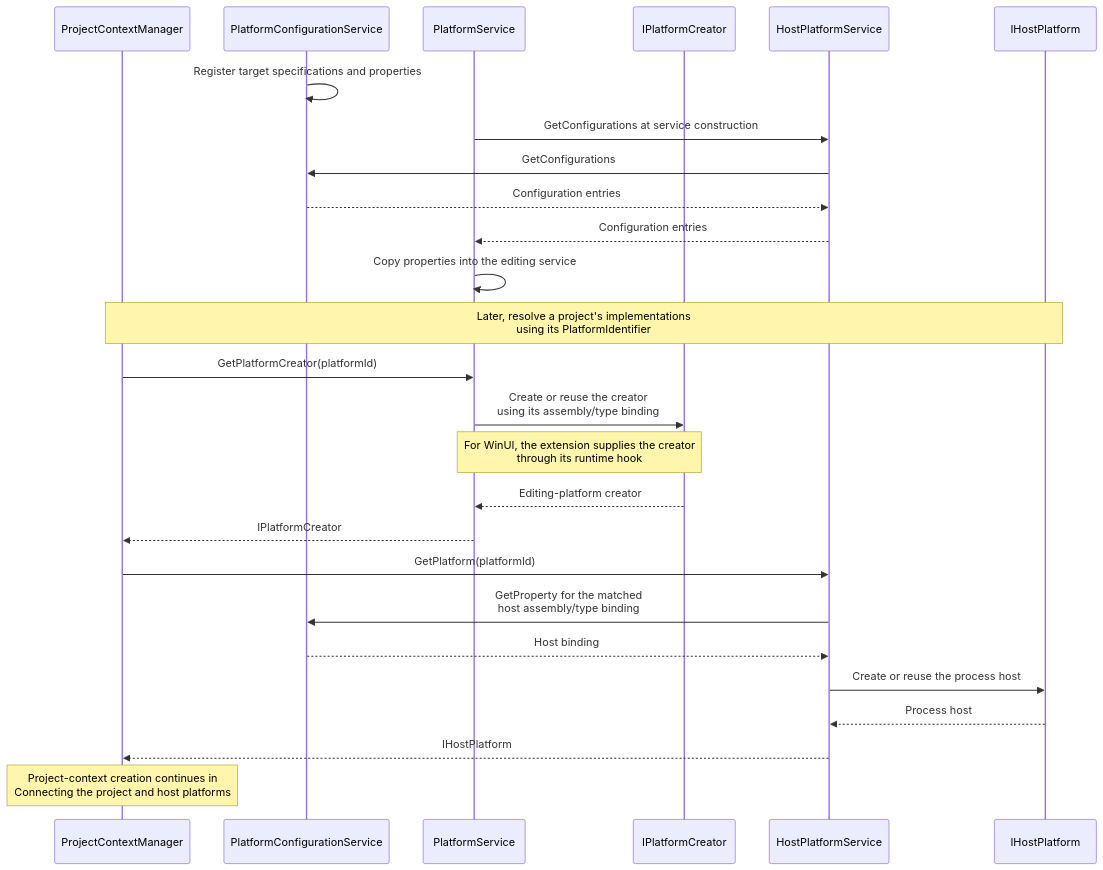
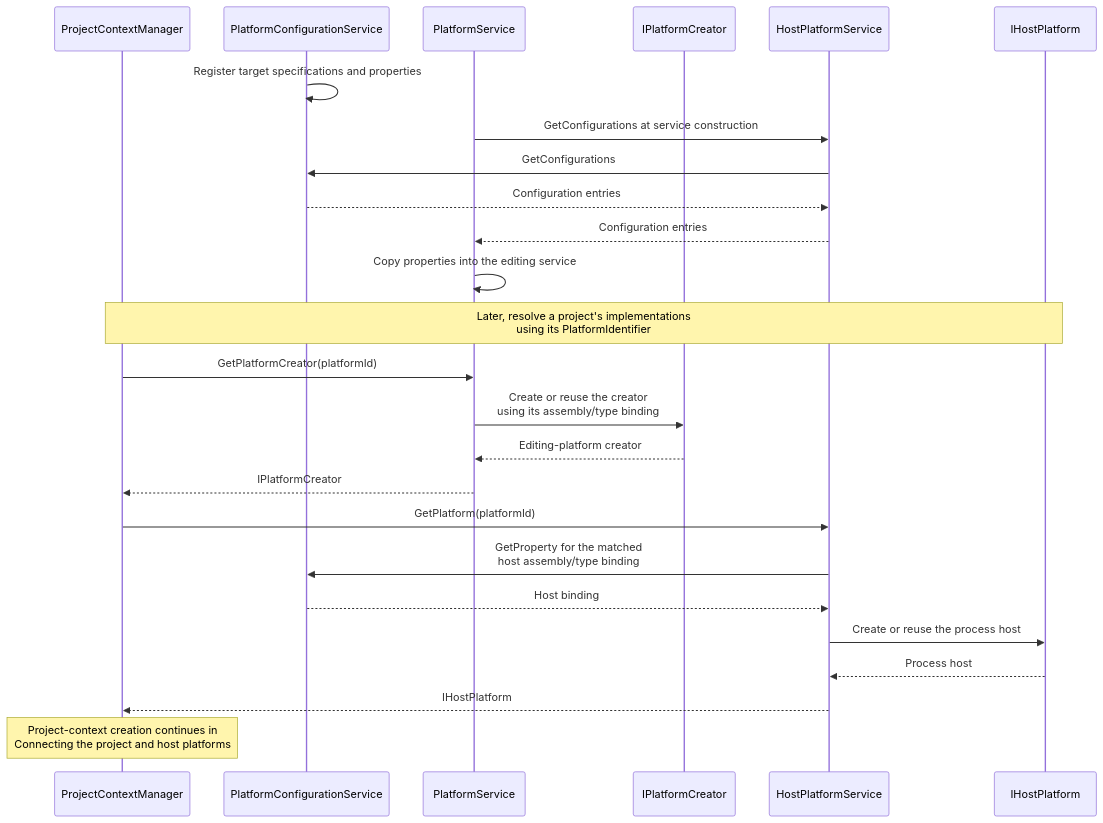
One commit to 0x5bfa/WinUIDesigner changed the first of 7 diagrams in docs/architecture.md. Above: the diagram before and after it, drawn with Mermaid. The commit also changed other lines of this file and 3 other files, not shown here.

````diff
--- a/docs/architecture.md
+++ b/docs/architecture.md
@@ -74,28 +45,27 @@
 ```mermaid
 sequenceDiagram
     participant Manager as ProjectContextManager
     participant Config as PlatformConfigurationService
     participant Platforms as PlatformService
     participant Creator as IPlatformCreator
     participant Hosts as HostPlatformService
     participant Host as IHostPlatform
     Config->>Config: Register target specifications and properties
     Platforms->>Hosts: GetConfigurations at service construction
     Hosts->>Config: GetConfigurations
     Config-->>Hosts: Configuration entries
     Hosts-->>Platforms: Configuration entries
     Platforms->>Platforms: Copy properties into the editing service
     Note over Manager,Host: Later, resolve a project's implementations<br/>using its PlatformIdentifier
     Manager->>Platforms: GetPlatformCreator(platformId)
     Platforms->>Creator: Create or reuse the creator<br/>using its assembly/type binding
-    Note over Platforms,Creator: For WinUI, the extension supplies the creator<br/>through its runtime hook
     Creator-->>Platforms: Editing-platform creator
     Platforms-->>Manager: IPlatformCreator
     Manager->>Hosts: GetPlatform(platformId)
     Hosts->>Config: GetProperty for the matched<br/>host assembly/type binding
     Config-->>Hosts: Host binding
     Hosts->>Host: Create or reuse the process host
     Host-->>Hosts: Process host
     Hosts-->>Manager: IHostPlatform
     Note over Manager: Project-context creation continues in<br/>Connecting the project and host platforms
 ```
````
